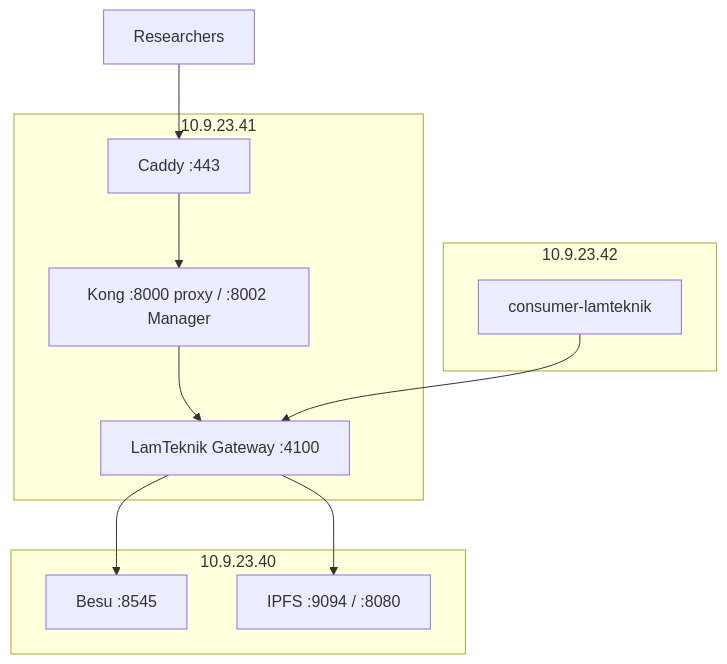
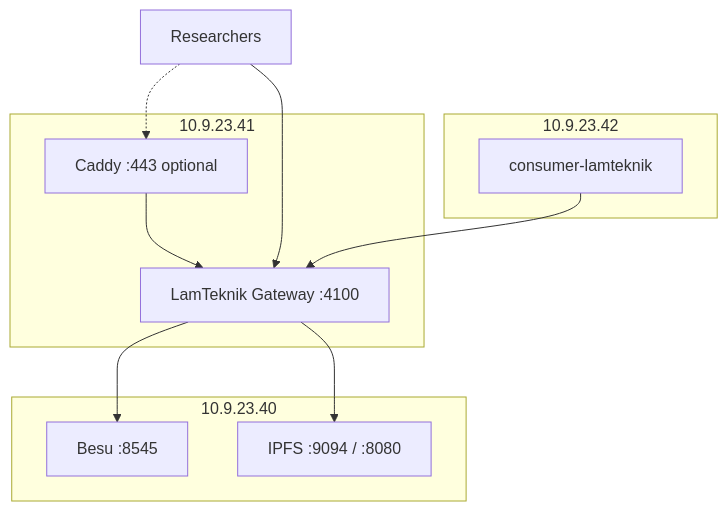
One commit to DeITdev/lamteknik-blockchain changed the diagram in context/vm-41-gateway-plan.md. Above: the diagram before and after it, drawn with Mermaid. The commit also changed other lines of this file and 13 other files, not shown here.

````diff
--- a/context/vm-41-gateway-plan.md
+++ b/context/vm-41-gateway-plan.md
@@ -31,24 +31,23 @@
 ```mermaid
 flowchart TB
   subgraph vm41 ["10.9.23.41"]
-    Caddy["Caddy :443"]
-    Kong["Kong :8000 proxy / :8002 Manager"]
+    Caddy["Caddy :443 optional"]
     GW["LamTeknik Gateway :4100"]
-    Caddy --> Kong
-    Kong --> GW
+    Caddy --> GW
   end
 
   subgraph vm40 ["10.9.23.40"]
     Besu[Besu :8545]
     IPFS[IPFS :9094 / :8080]
   end
 
   subgraph vm42 ["10.9.23.42"]
     CDC[consumer-lamteknik]
   end
 
-  Researchers["Researchers"] --> Caddy
+  Researchers["Researchers"] --> GW
+  Researchers -.-> Caddy
   CDC --> GW
   GW --> Besu
   GW --> IPFS
 ```
````
